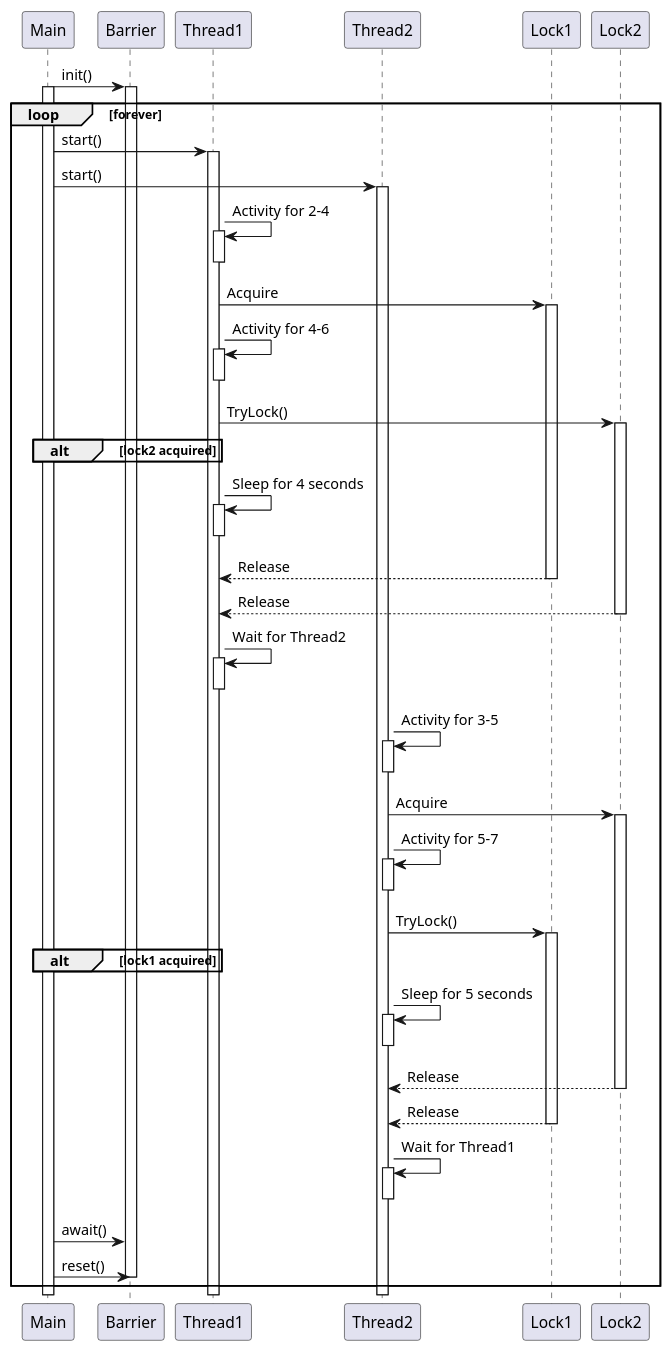
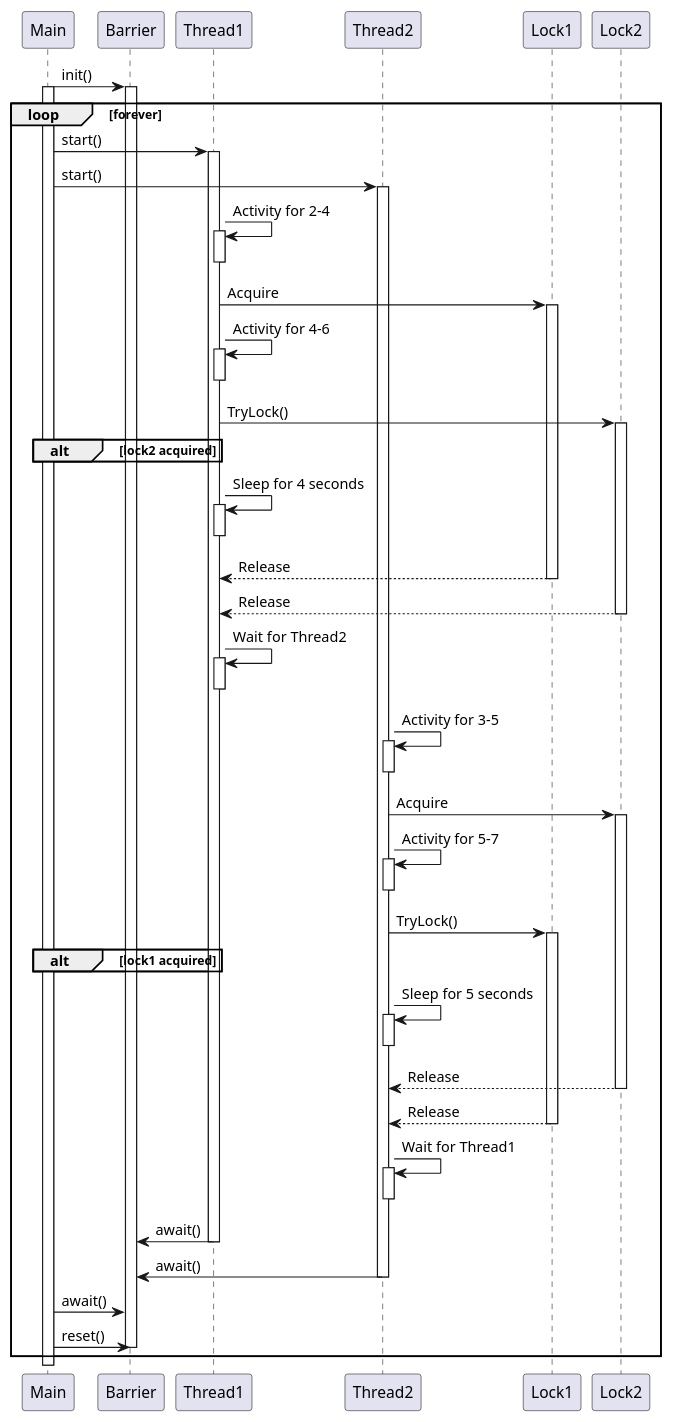
The diagram in RTS/src/LabSession5/Lab7/App1/Diagrams/SequenceDiagram.puml (ileacosmin/IleaCosmin_30333_RTSLAB), drawn with PlantUML before and after one commit. The commit also changed 1 other file, not shown here.

Commit message:
fixed a diagram

```diff
--- a/RTS/src/LabSession5/Lab7/App1/Diagrams/SequenceDiagram.puml
+++ b/RTS/src/LabSession5/Lab7/App1/Diagrams/SequenceDiagram.puml
@@ -1,67 +1,71 @@
 @startuml
 
 Main -> Barrier : init()
 activate Barrier
 loop forever
 
     activate Main
     Main -> Thread1 : start()
     activate Thread1
     Main -> Thread2 : start()
     activate Thread2
 
 
     Thread1 -> Thread1 : Activity for 2-4
     activate Thread1
     deactivate Thread1
     Thread1 -> Lock1 : Acquire
     activate Lock1
     Thread1 -> Thread1 : Activity for 4-6
     activate Thread1
     deactivate Thread1
     Thread1 -> Lock2 : TryLock()
     alt lock2 acquired
         activate Lock2
     end
     Thread1 -> Thread1 : Sleep for 4 seconds
     activate Thread1
     deactivate Thread1
     Thread1 <-- Lock1 : Release
     deactivate Lock1
     Thread1 <-- Lock2 : Release
     deactivate Lock2
     Thread1 -> Thread1 : Wait for Thread2
     activate Thread1
     deactivate Thread1
 
     Thread2 -> Thread2 : Activity for 3-5
     activate Thread2
     deactivate Thread2
     Thread2 -> Lock2 : Acquire
     activate Lock2
     Thread2 -> Thread2 : Activity for 5-7
     activate Thread2
     deactivate Thread2
     Thread2 -> Lock1 : TryLock()
     alt lock1 acquired
         activate Lock1
     end
     activate Lock1
     Thread2 -> Thread2 : Sleep for 5 seconds
     activate Thread2
     deactivate Thread2
     Thread2 <-- Lock2 : Release
     deactivate Lock2
     Thread2 <-- Lock1 : Release
     deactivate Lock1
     Thread2 -> Thread2 : Wait for Thread1
     activate Thread2
     deactivate Thread2
 
+    Thread1 -> Barrier : await()
+    deactivate Thread1
+    Thread2 -> Barrier : await()
+    deactivate Thread2
     Main -> Barrier : await()
     Main -> Barrier : reset()
     deactivate Barrier
 
 end loop
 
 @enduml
```
